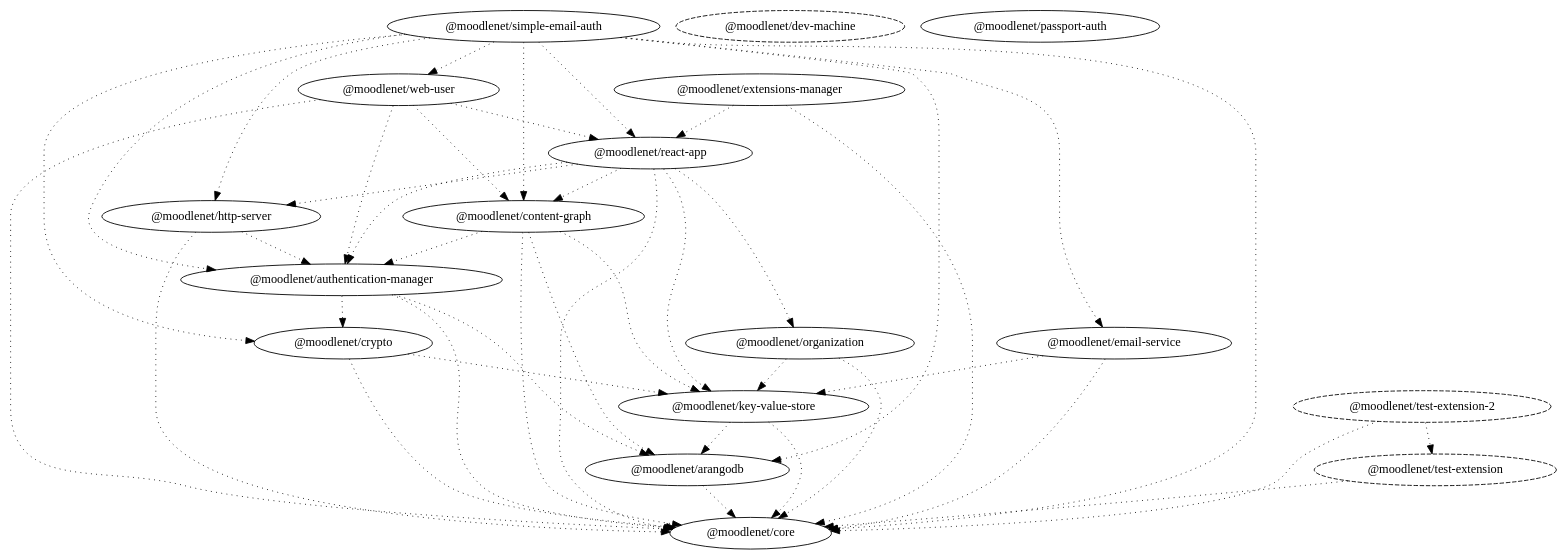
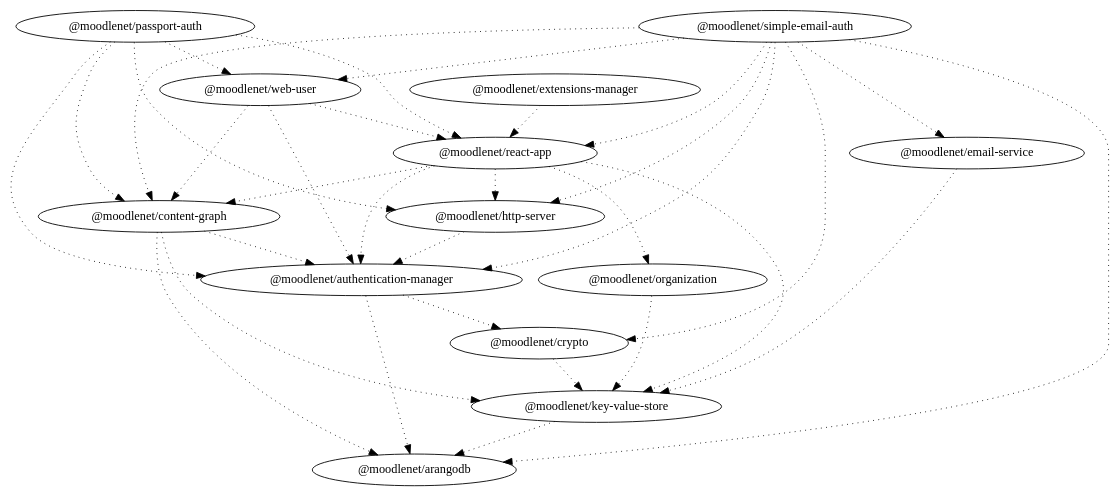
Before and after one commit to moodle/moodlenet: the diagram in dependency-graph.dot, drawn with Graphviz. The commit also changed 3 other files, not shown here.

Commit message:
custom dep-graph plot

```diff
--- a/dependency-graph.dot
+++ b/dependency-graph.dot
@@ -1,61 +1,47 @@
 digraph G {
   "@moodlenet/arangodb";
-  "@moodlenet/core";
   "@moodlenet/authentication-manager";
   "@moodlenet/crypto";
   "@moodlenet/content-graph";
   "@moodlenet/key-value-store";
-  "@moodlenet/dev-machine" [ style = "dashed" ];
   "@moodlenet/email-service";
   "@moodlenet/extensions-manager";
   "@moodlenet/react-app";
   "@moodlenet/http-server";
   "@moodlenet/organization";
   "@moodlenet/passport-auth";
+  "@moodlenet/web-user";
   "@moodlenet/simple-email-auth";
-  "@moodlenet/web-user";
-  "@moodlenet/test-extension-2" [ style = "dashed" ];
-  "@moodlenet/test-extension" [ style = "dashed" ];
-  "@moodlenet/arangodb" -> "@moodlenet/core" [ style = "dotted" ];
   "@moodlenet/authentication-manager" -> "@moodlenet/arangodb" [ style = "dotted" ];
-  "@moodlenet/authentication-manager" -> "@moodlenet/core" [ style = "dotted" ];
   "@moodlenet/authentication-manager" -> "@moodlenet/crypto" [ style = "dotted" ];
   "@moodlenet/content-graph" -> "@moodlenet/arangodb" [ style = "dotted" ];
   "@moodlenet/content-graph" -> "@moodlenet/authentication-manager" [ style = "dotted" ];
-  "@moodlenet/content-graph" -> "@moodlenet/core" [ style = "dotted" ];
   "@moodlenet/content-graph" -> "@moodlenet/key-value-store" [ style = "dotted" ];
-  "@moodlenet/crypto" -> "@moodlenet/core" [ style = "dotted" ];
   "@moodlenet/crypto" -> "@moodlenet/key-value-store" [ style = "dotted" ];
-  "@moodlenet/email-service" -> "@moodlenet/core" [ style = "dotted" ];
   "@moodlenet/email-service" -> "@moodlenet/key-value-store" [ style = "dotted" ];
-  "@moodlenet/extensions-manager" -> "@moodlenet/core" [ style = "dotted" ];
   "@moodlenet/extensions-manager" -> "@moodlenet/react-app" [ style = "dotted" ];
   "@moodlenet/http-server" -> "@moodlenet/authentication-manager" [ style = "dotted" ];
-  "@moodlenet/http-server" -> "@moodlenet/core" [ style = "dotted" ];
   "@moodlenet/key-value-store" -> "@moodlenet/arangodb" [ style = "dotted" ];
-  "@moodlenet/key-value-store" -> "@moodlenet/core" [ style = "dotted" ];
-  "@moodlenet/organization" -> "@moodlenet/core" [ style = "dotted" ];
   "@moodlenet/organization" -> "@moodlenet/key-value-store" [ style = "dotted" ];
+  "@moodlenet/passport-auth" -> "@moodlenet/authentication-manager" [ style = "dotted" ];
+  "@moodlenet/passport-auth" -> "@moodlenet/content-graph" [ style = "dotted" ];
+  "@moodlenet/passport-auth" -> "@moodlenet/http-server" [ style = "dotted" ];
+  "@moodlenet/passport-auth" -> "@moodlenet/react-app" [ style = "dotted" ];
+  "@moodlenet/passport-auth" -> "@moodlenet/web-user" [ style = "dotted" ];
   "@moodlenet/react-app" -> "@moodlenet/authentication-manager" [ style = "dotted" ];
   "@moodlenet/react-app" -> "@moodlenet/content-graph" [ style = "dotted" ];
-  "@moodlenet/react-app" -> "@moodlenet/core" [ style = "dotted" ];
   "@moodlenet/react-app" -> "@moodlenet/http-server" [ style = "dotted" ];
   "@moodlenet/react-app" -> "@moodlenet/key-value-store" [ style = "dotted" ];
   "@moodlenet/react-app" -> "@moodlenet/organization" [ style = "dotted" ];
   "@moodlenet/simple-email-auth" -> "@moodlenet/arangodb" [ style = "dotted" ];
   "@moodlenet/simple-email-auth" -> "@moodlenet/authentication-manager" [ style = "dotted" ];
   "@moodlenet/simple-email-auth" -> "@moodlenet/content-graph" [ style = "dotted" ];
-  "@moodlenet/simple-email-auth" -> "@moodlenet/core" [ style = "dotted" ];
   "@moodlenet/simple-email-auth" -> "@moodlenet/crypto" [ style = "dotted" ];
   "@moodlenet/simple-email-auth" -> "@moodlenet/email-service" [ style = "dotted" ];
   "@moodlenet/simple-email-auth" -> "@moodlenet/http-server" [ style = "dotted" ];
   "@moodlenet/simple-email-auth" -> "@moodlenet/react-app" [ style = "dotted" ];
   "@moodlenet/simple-email-auth" -> "@moodlenet/web-user" [ style = "dotted" ];
-  "@moodlenet/test-extension-2" -> "@moodlenet/core" [ style = "dotted" ];
-  "@moodlenet/test-extension-2" -> "@moodlenet/test-extension" [ style = "dotted" ];
-  "@moodlenet/test-extension" -> "@moodlenet/core" [ style = "dotted" ];
   "@moodlenet/web-user" -> "@moodlenet/authentication-manager" [ style = "dotted" ];
   "@moodlenet/web-user" -> "@moodlenet/content-graph" [ style = "dotted" ];
-  "@moodlenet/web-user" -> "@moodlenet/core" [ style = "dotted" ];
   "@moodlenet/web-user" -> "@moodlenet/react-app" [ style = "dotted" ];
 }
```
